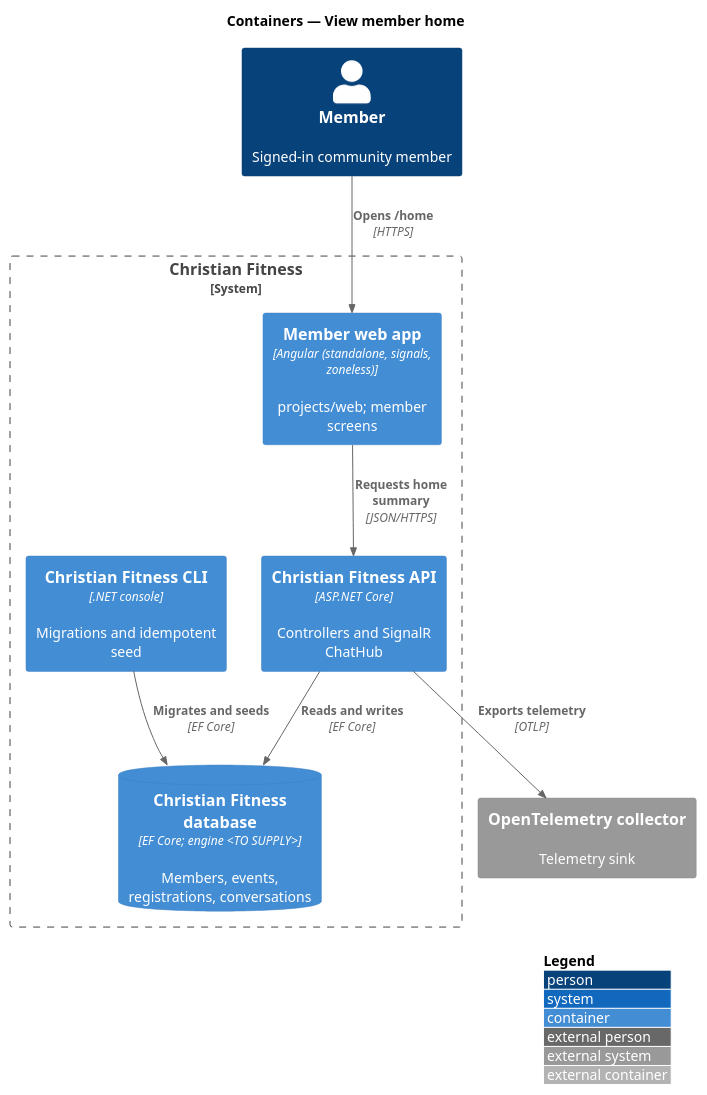
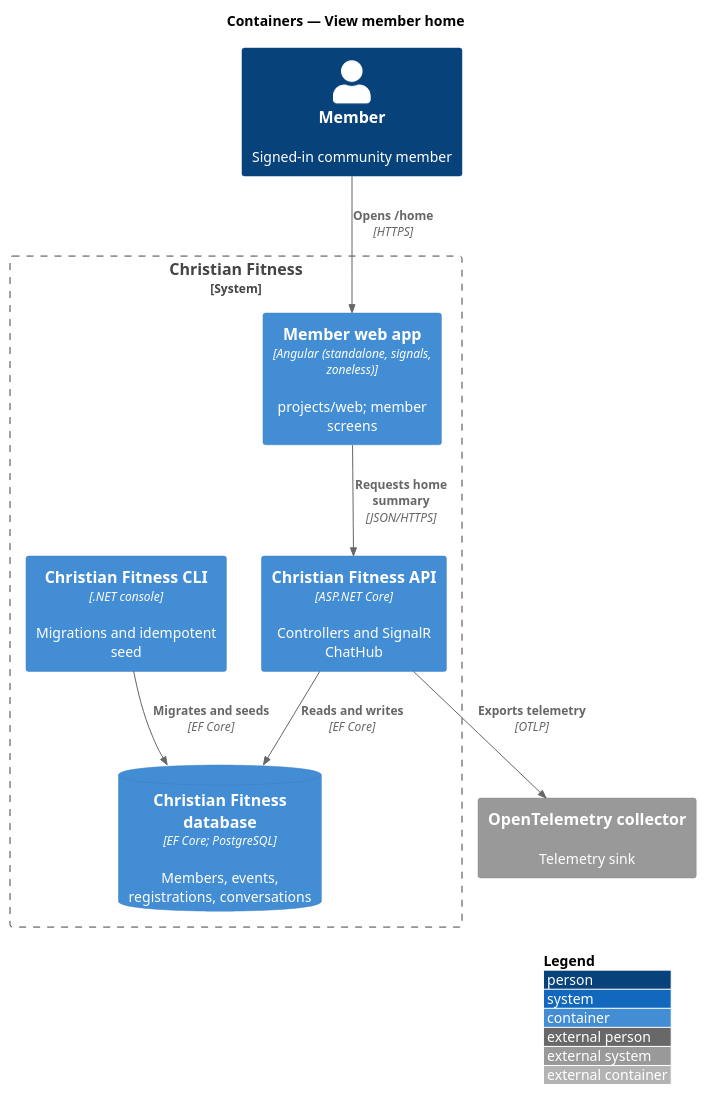
The diagram in docs/detailed-designs/member-home/view-home/diagrams/c4-container.puml (QuinntyneBrown/christian-fitness), drawn with PlantUML before and after one commit. The commit also changed 137 other files, not shown here.

First line of the commit message:
Align slice 1.2 requirements and designs: PostgreSQL, settings page, health and ProblemDetails codes

```diff
--- a/docs/detailed-designs/member-home/view-home/diagrams/c4-container.puml
+++ b/docs/detailed-designs/member-home/view-home/diagrams/c4-container.puml
@@ -1,20 +1,20 @@
 @startuml
 !include <C4/C4_Container>
 LAYOUT_WITH_LEGEND()
 title Containers — View member home
 
 Person(user, "Member", "Signed-in community member")
 System_Boundary(cf, "Christian Fitness") {
   Container(web, "Member web app", "Angular (standalone, signals, zoneless)", "projects/web; member screens")
   Container(api, "Christian Fitness API", "ASP.NET Core", "Controllers and SignalR ChatHub")
-  ContainerDb(db, "Christian Fitness database", "EF Core; engine <TO SUPPLY>", "Members, events, registrations, conversations")
+  ContainerDb(db, "Christian Fitness database", "EF Core; PostgreSQL", "Members, events, registrations, conversations")
   Container(cli, "Christian Fitness CLI", ".NET console", "Migrations and idempotent seed")
 }
 System_Ext(otel, "OpenTelemetry collector", "Telemetry sink")
 
 Rel(user, web, "Opens /home", "HTTPS")
 Rel(web, api, "Requests home summary", "JSON/HTTPS")
 Rel(api, db, "Reads and writes", "EF Core")
 Rel(cli, db, "Migrates and seeds", "EF Core")
 Rel(api, otel, "Exports telemetry", "OTLP")
 @enduml
```
